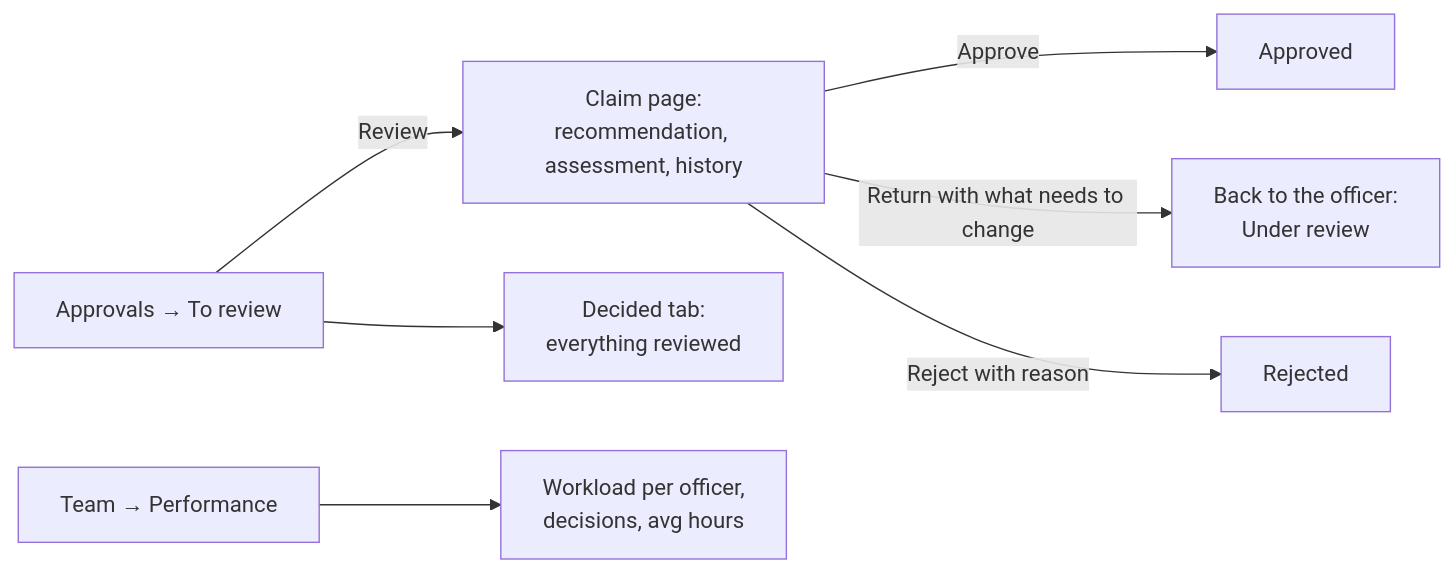
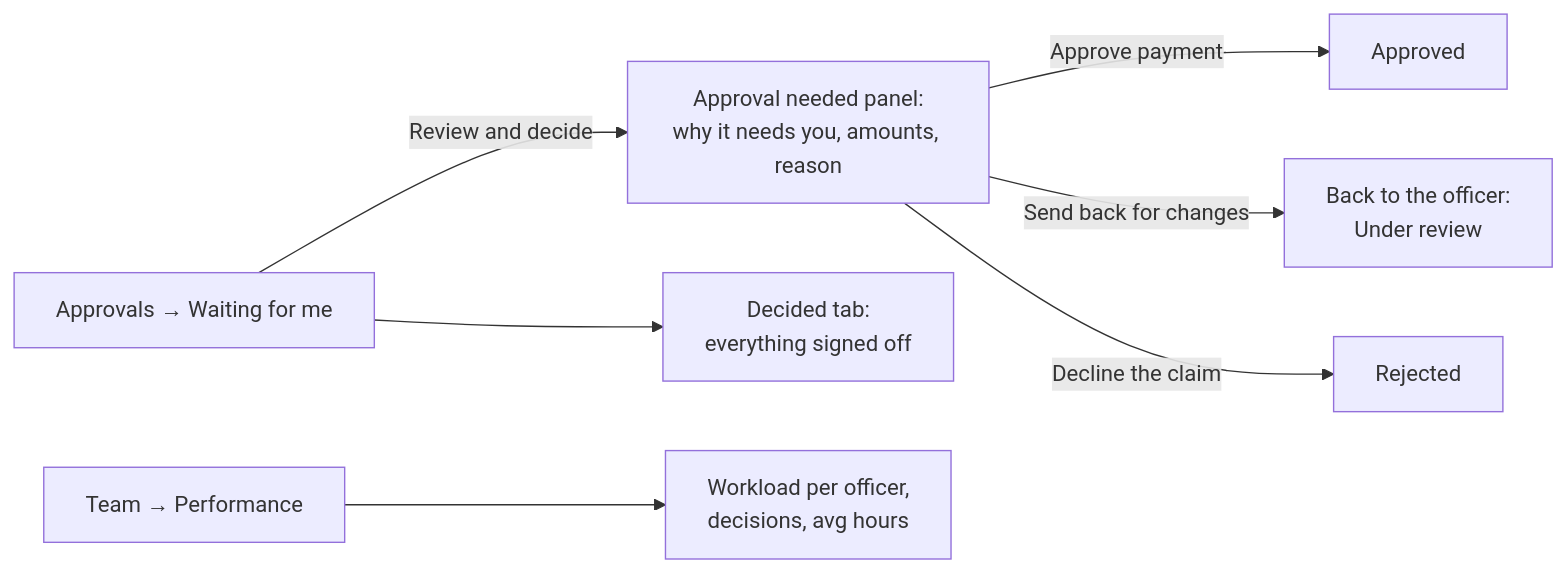
The fifth of 6 diagrams in docs/user-flows.md (heikaliskandar/chubb-claims-platform), drawn with Mermaid before and after one commit. The commit also changed other lines of this file and 29 other files, not shown here.

````diff
--- a/docs/user-flows.md
+++ b/docs/user-flows.md
@@ -128,9 +128,9 @@
 ```mermaid
 flowchart LR
-    I[Approvals → To review] -->|Review| D[Claim page:<br/>recommendation, assessment, history]
-    D -->|Approve| A[Approved]
-    D -->|Return with what needs to change| R[Back to the officer:<br/>Under review]
-    D -->|Reject with reason| X[Rejected]
-    I --> H[Decided tab:<br/>everything reviewed]
+    I[Approvals → Waiting for me] -->|Review and decide| D[Approval needed panel:<br/>why it needs you, amounts, reason]
+    D -->|Approve payment| A[Approved]
+    D -->|Send back for changes| R[Back to the officer:<br/>Under review]
+    D -->|Decline the claim| X[Rejected]
+    I --> H[Decided tab:<br/>everything signed off]
     T[Team → Performance] --> W[Workload per officer,<br/>decisions, avg hours]
 ```
````
